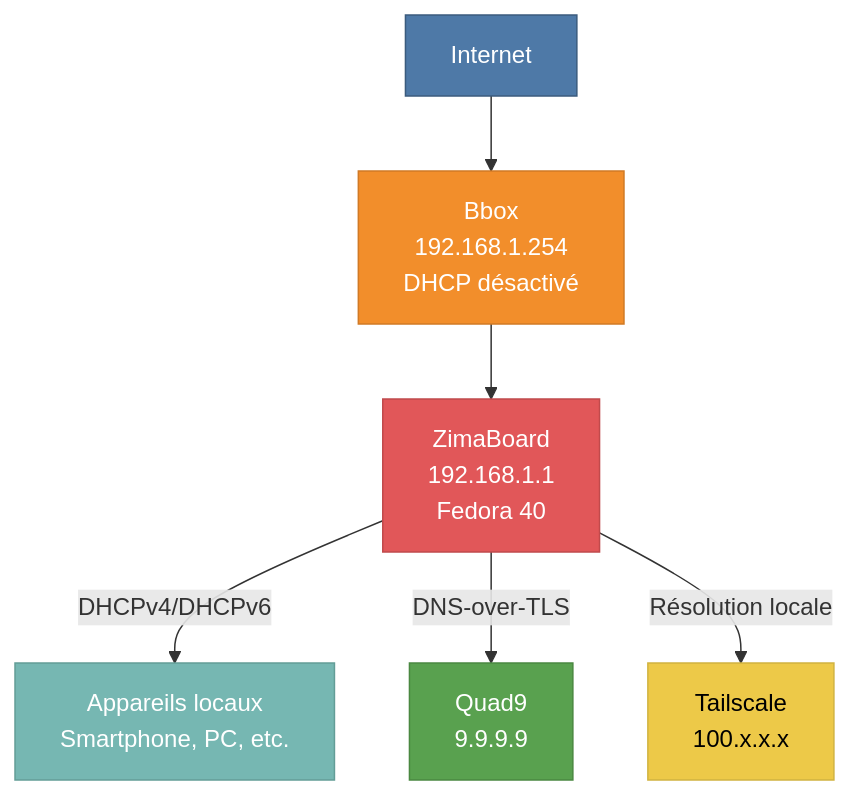
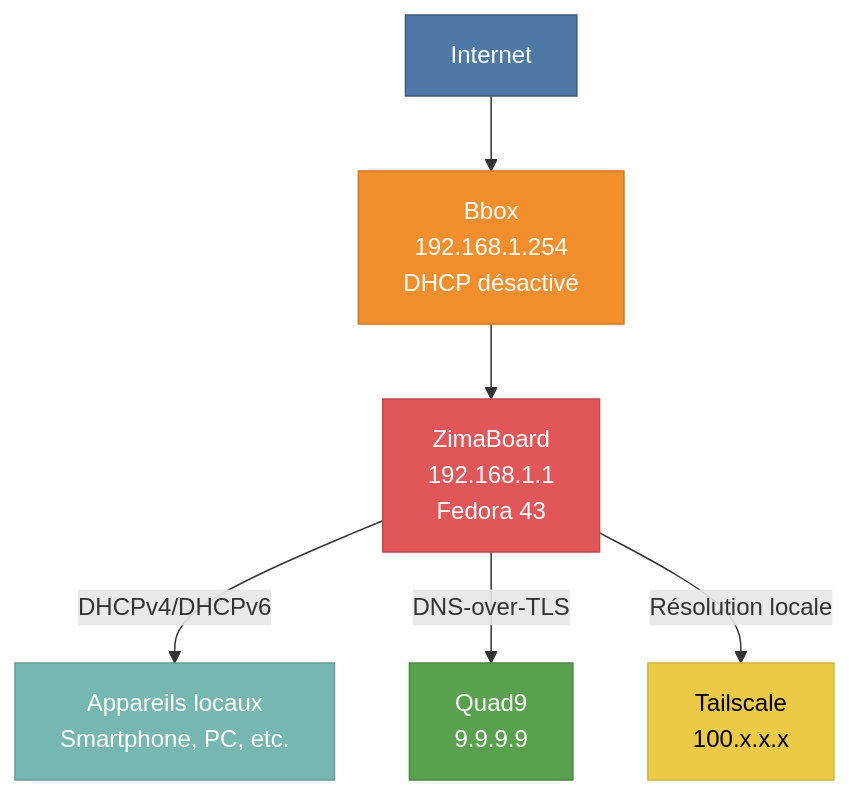
One commit to mazama923/mazama923.github.io changed the diagram in docs/dnsmasq_unbound.md. Above: the diagram before and after it, drawn with Mermaid. The commit also changed other lines of this file and 1 other file, not shown here.

First line of the commit message:
Update Fedora version references from 40 to 43

````diff
--- a/docs/dnsmasq_unbound.md
+++ b/docs/dnsmasq_unbound.md
@@ -50,22 +50,22 @@
 ```mermaid
 flowchart TD
     A[Internet]:::accent0 --> B[Bbox
 192.168.1.254
 DHCP désactivé]:::accent1
     B --> C[ZimaBoard
 192.168.1.1
-Fedora 40]:::accent2
+Fedora 43]:::accent2
     C -->|DHCPv4/DHCPv6| D[Appareils locaux
 Smartphone, PC, etc.]:::accent3
     C -->|DNS-over-TLS| E[Quad9
 9.9.9.9]:::accent4
     C -->|Résolution locale| F[Tailscale
 100.x.x.x]:::accent5
 
     classDef accent0 fill:#4e79a7,stroke:#3b5b7d,color:white;
     classDef accent1 fill:#f28e2b,stroke:#d17a25,color:white;
     classDef accent2 fill:#e15759,stroke:#c04a4c,color:white;
     classDef accent3 fill:#76b7b2,stroke:#639d97,color:white;
     classDef accent4 fill:#59a14f,stroke:#4a8841,color:white;
     classDef accent5 fill:#edc948,stroke:#d1b340,color:black;
 ```
````
